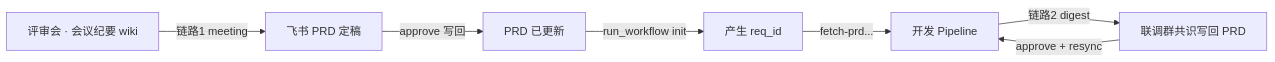
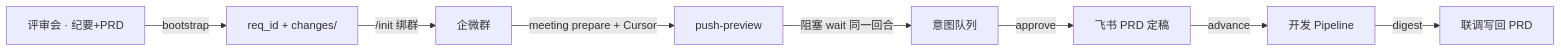
One commit to preciouskidy-collab/shop_points_dev_skills changed the diagram in skills/req-to-dev/sub_skills/collab-prd-sync/SKILL.md. Above: the diagram before and after it, drawn with Mermaid. The commit also changed other lines of this file and 39 other files, not shown here.

Commit message:
PipeLine优化 支持技术方案 dryRun预览&意图回调

````diff
--- a/skills/req-to-dev/sub_skills/collab-prd-sync/SKILL.md
+++ b/skills/req-to-dev/sub_skills/collab-prd-sync/SKILL.md
@@ -71,9 +80,10 @@
 ```mermaid
 flowchart LR
-  M[评审会 · 会议纪要 wiki] -->|链路1 meeting| P[飞书 PRD 定稿]
-  P -->|approve 写回| P2[PRD 已更新]
-  P2 -->|run_workflow init| R[产生 req_id]
-  R -->|fetch-prd...| DEV[开发 Pipeline]
-  DEV -->|链路2 digest| C[联调群共识写回 PRD]
-  C -->|approve + resync| DEV
+  M[评审会 · 纪要+PRD] -->|bootstrap| R[req_id + changes/]
+  R -->|/init 绑群| G[企微群]
+  G -->|meeting prepare + Cursor| PV[push-preview]
+  PV -->|阻塞 wait 同一回合| W[意图队列]
+  W -->|approve| P[飞书 PRD 定稿]
+  P -->|advance| DEV[开发 Pipeline]
+  DEV -->|digest| C[联调写回 PRD]
 ```
````
